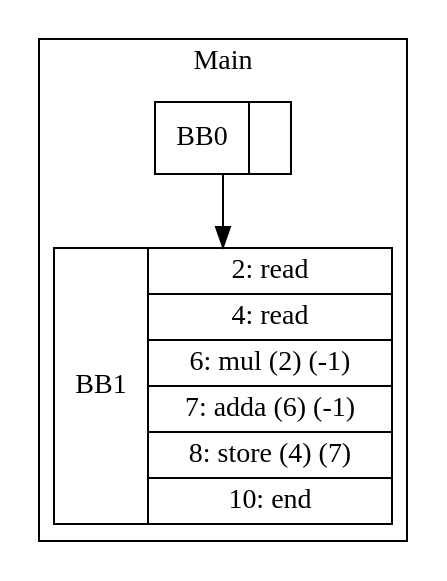
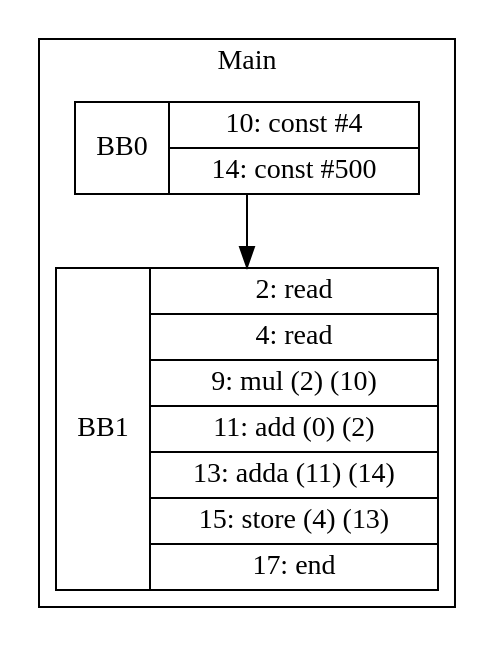
One commit to zjc664656505/UCI-CS241-Advanced-Compiler-main changed the diagram in visualization/phillip/arrays/store.gv. Above: the diagram before and after it, drawn with Graphviz. The commit also changed 35 other files, not shown here.

```diff
--- a/visualization/phillip/arrays/store.gv
+++ b/visualization/phillip/arrays/store.gv
@@ -1,9 +1,9 @@
 digraph G {
 node [shape=record];
 subgraph cluster_main{
 label = "Main";
-BB0 [shape=record, label="<b>BB0|}"];
-BB1 [shape=record, label="<b>BB1|{2: read|4: read|6: mul (2) (-1)|7: adda (6) (-1)|8: store (4) (7)|10: end}"];
+BB0 [shape=record, label="<b>BB0|{10: const #4|14: const #500}"];
+BB1 [shape=record, label="<b>BB1|{2: read|4: read|9: mul (2) (10)|11: add (0) (2)|13: adda (11) (14)|15: store (4) (13)|17: end}"];
 }
 BB0:s -> BB1:n ;
 }
```
